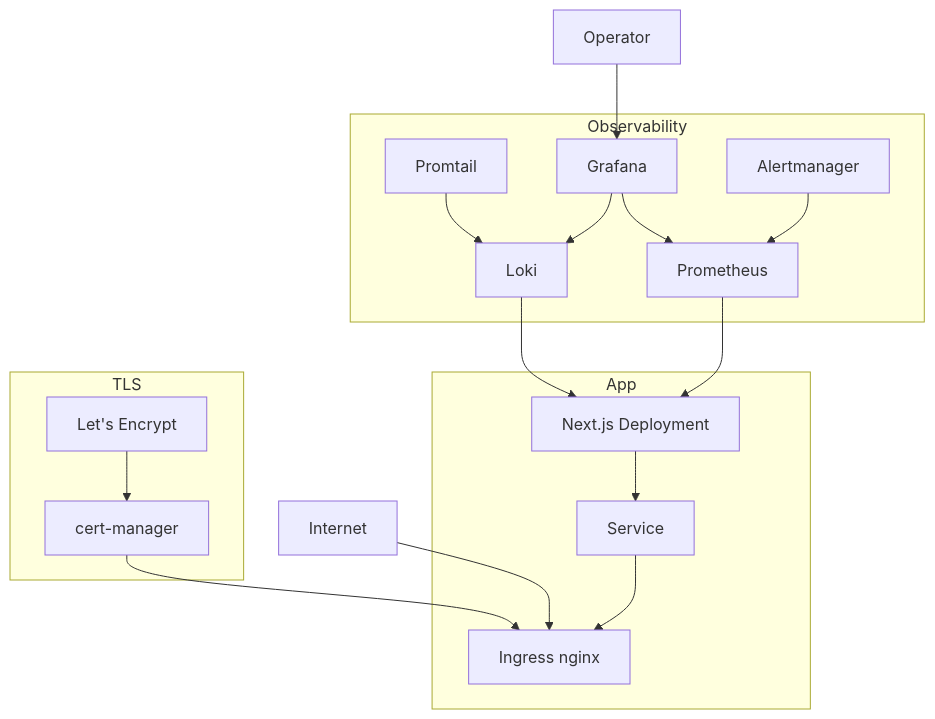
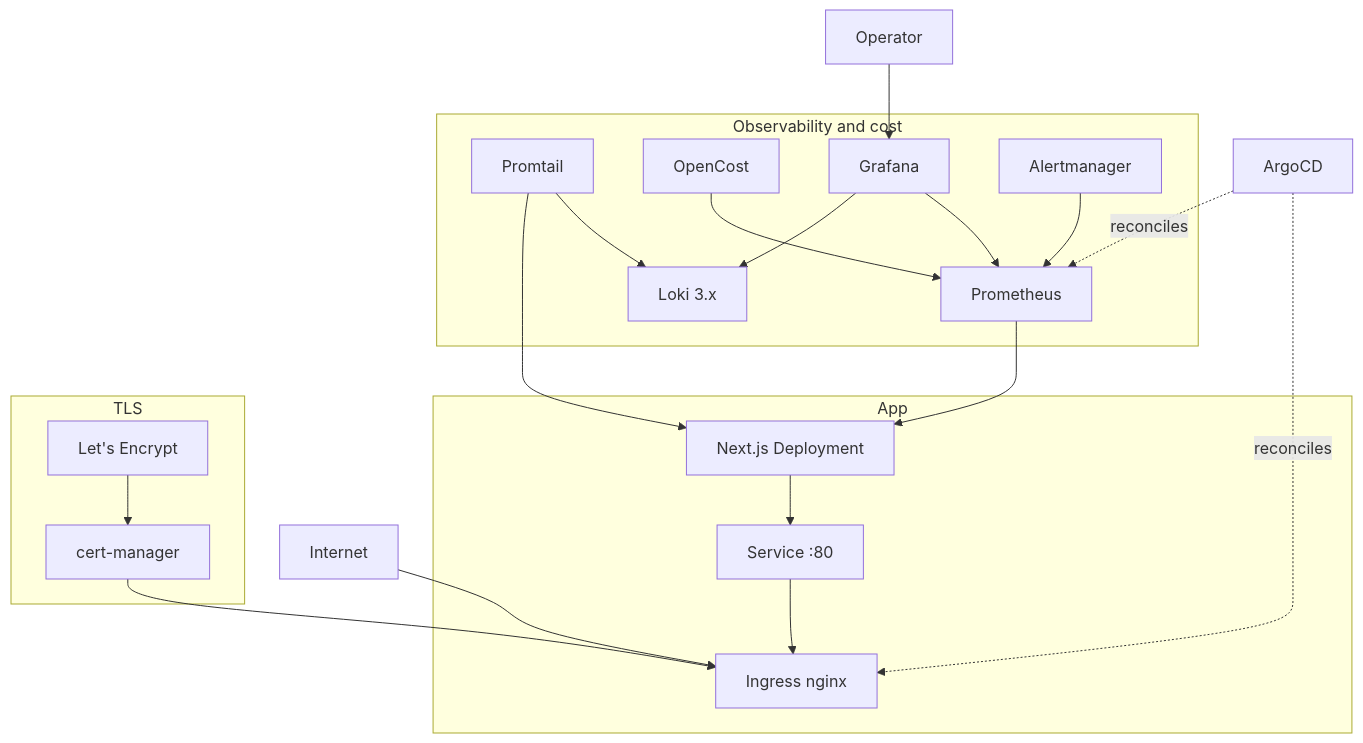
One commit to sarmakska/k8s-ops-toolkit changed the diagram in docs/Architecture.md. Above: the diagram before and after it, drawn with Mermaid. The commit also changed other lines of this file and 9 other files, not shown here.

First line of the commit message:
docs: rewrite README, docs and whitepaper for Loki 3.x, OpenCost and GitOps; add CHANGELOG

````diff
--- a/docs/Architecture.md
+++ b/docs/Architecture.md
@@ -10,21 +10,24 @@
 ```mermaid
 flowchart TB
   subgraph App
-    A[Next.js Deployment] --> S[Service]
+    A[Next.js Deployment] --> S[Service :80]
     S --> I[Ingress nginx]
   end
   subgraph TLS
     CM[cert-manager] --> I
     LE[Let's Encrypt] --> CM
   end
-  subgraph Obs[Observability]
+  subgraph Obs[Observability and cost]
     P[Prometheus] --> A
-    L[Loki] --> A
-    PM[Promtail] --> L
+    PT[Promtail] --> L[Loki 3.x]
+    PT --> A
+    OC[OpenCost] --> P
     G[Grafana] --> P
     G --> L
     AM[Alertmanager] --> P
   end
   Internet --> I
   Ops[Operator] --> G
+  Argo[ArgoCD] -.reconciles.-> I
+  Argo -.reconciles.-> P
 ```
````
